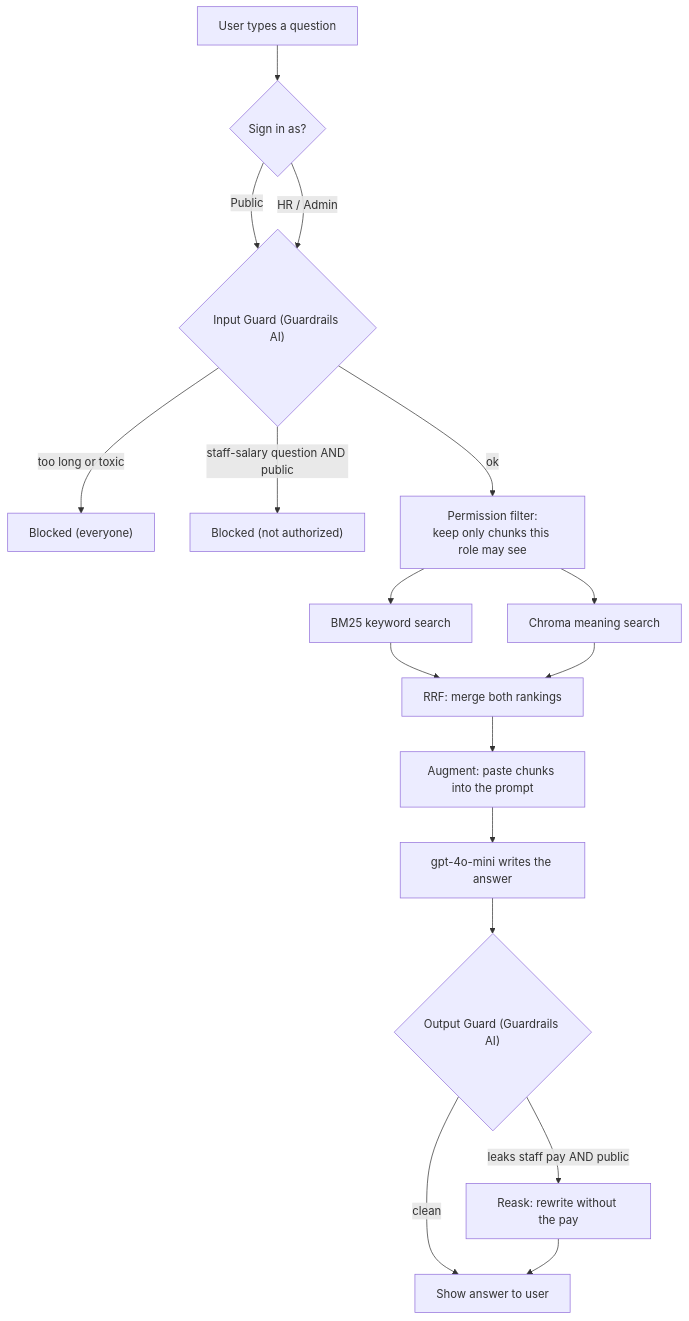
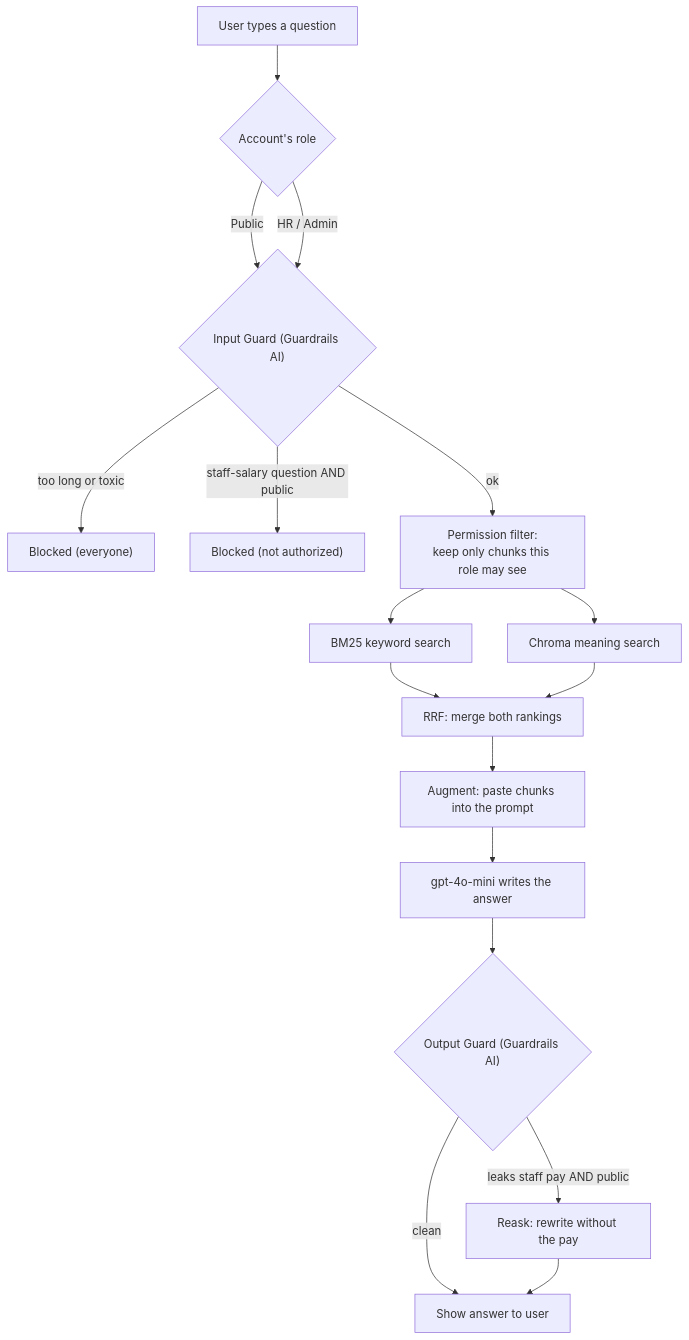
One commit to Cloudastra-Tech/knowlegebase changed the second of 3 diagrams in ARCHITECTURE.md. Above: the diagram before and after it, drawn with Mermaid. The commit also changed other lines of this file and 3 other files, not shown here.

First line of the commit message:
docs: describe the React + FastAPI app, sign-in and account roles

````diff
--- a/ARCHITECTURE.md
+++ b/ARCHITECTURE.md
@@ -178,19 +195,19 @@
 ```mermaid
 flowchart TD
-    U["User types a question"] --> ROLE{"Sign in as?"}
+    U["User types a question"] --> ROLE{"Account's role"}
     ROLE -->|Public| INP{"Input Guard (Guardrails AI)"}
     ROLE -->|HR / Admin| INP
     INP -->|too long or toxic| B1["Blocked (everyone)"]
     INP -->|staff-salary question AND public| B2["Blocked (not authorized)"]
     INP -->|ok| FILT["Permission filter:<br/>keep only chunks this role may see"]
     FILT --> BM25["BM25 keyword search"]
     FILT --> CHROMA["Chroma meaning search"]
     BM25 --> RRF["RRF: merge both rankings"]
     CHROMA --> RRF
     RRF --> AUG["Augment: paste chunks into the prompt"]
     AUG --> GEN["gpt-4o-mini writes the answer"]
     GEN --> OUTG{"Output Guard (Guardrails AI)"}
     OUTG -->|clean| SHOW["Show answer to user"]
     OUTG -->|leaks staff pay AND public| REASK["Reask: rewrite without the pay"]
     REASK --> SHOW
 ```
````
